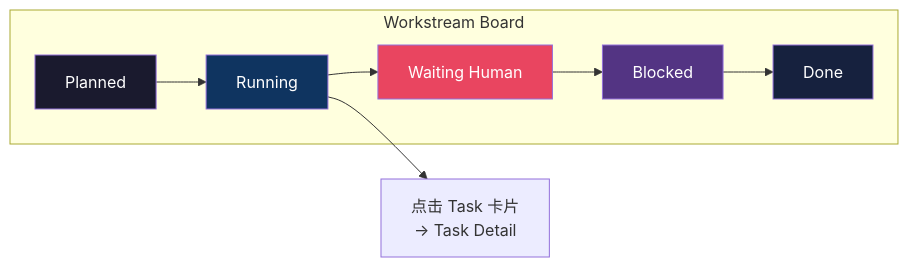
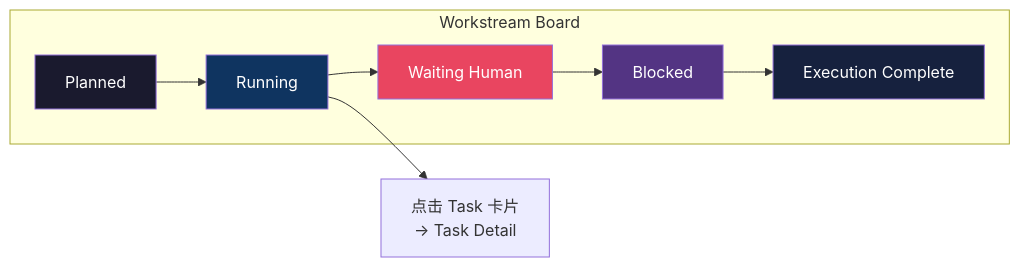
The fourth of 17 diagrams in docs/project-control-discussions/information-architecture.md (ianfksyd/roambench), drawn with Mermaid before and after one commit. The commit also changed other lines of this file, not shown here.

Commit message:
docs: refine information architecture

````diff
--- a/docs/project-control-discussions/information-architecture.md
+++ b/docs/project-control-discussions/information-architecture.md
@@ -92,14 +92,14 @@
 ```mermaid
 graph LR
     subgraph "Workstream Board"
-        P["Planned"] --> R["Running"] --> W["Waiting Human"] --> B["Blocked"] --> D["Done"]
+        P["Planned"] --> R["Running"] --> W["Waiting Human"] --> B["Blocked"] --> D["Execution Complete"]
     end
 
     R --> TC["点击 Task 卡片<br/>→ Task Detail"]
 
     style P fill:#1a1a2e,color:#fff
     style R fill:#0f3460,color:#fff
     style W fill:#e94560,color:#fff
     style B fill:#533483,color:#fff
     style D fill:#16213e,color:#fff
 ```
````
